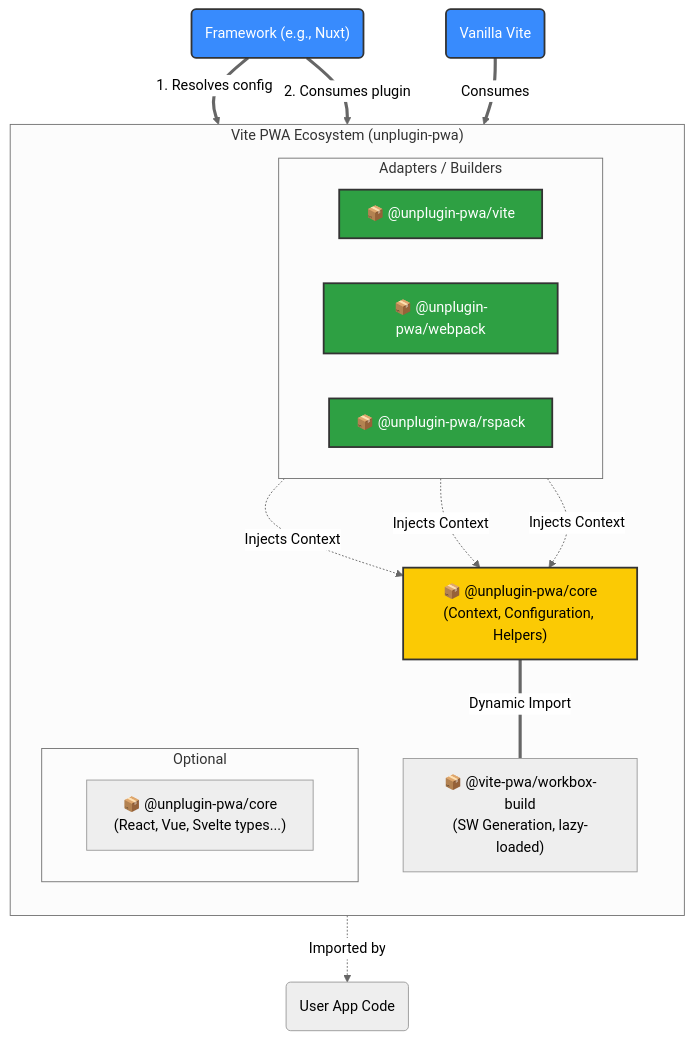
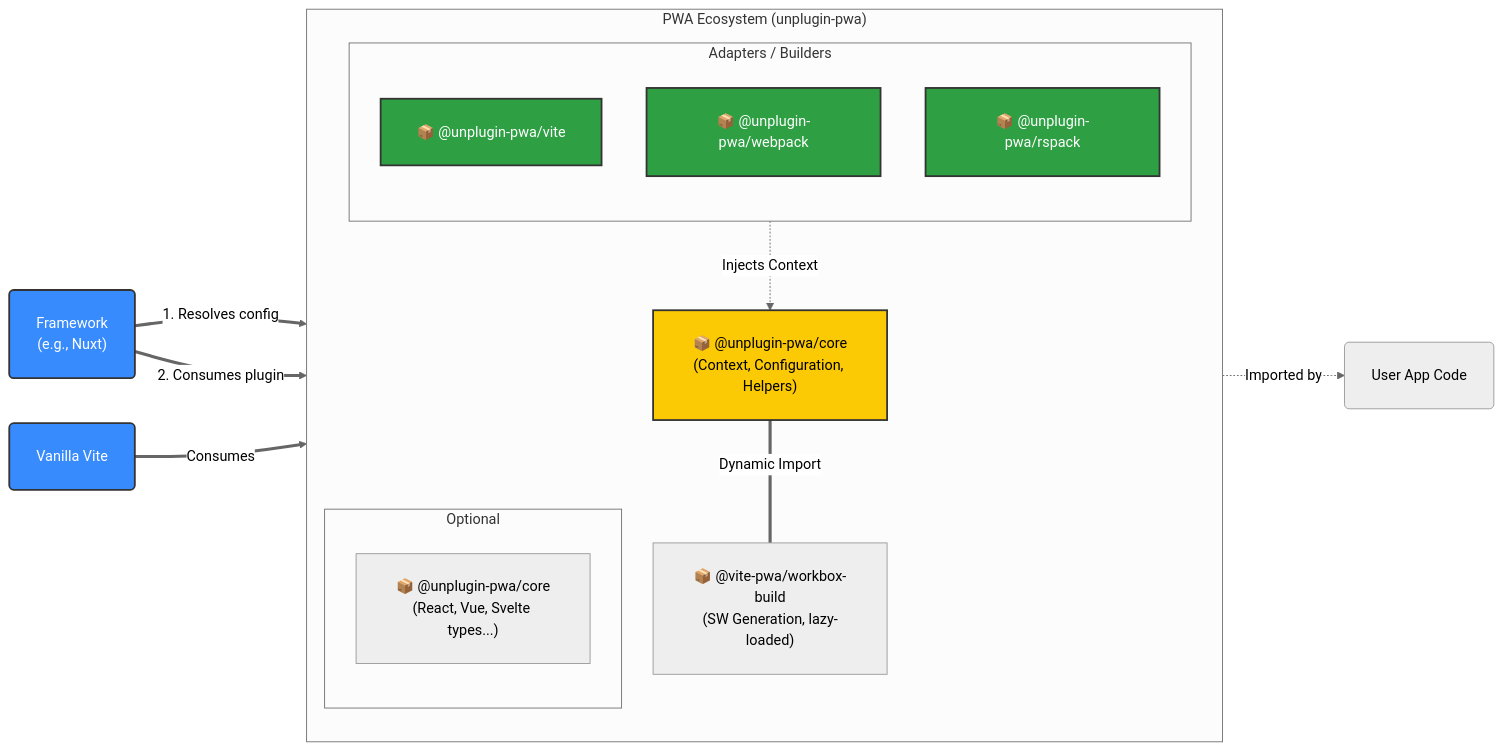
One commit to vite-pwa/unplugin-pwa changed the first of 3 diagrams in ARCHITECTURE.md. Above: the diagram before and after it, drawn with Mermaid (neutral theme).

Commit message:
docs: update architecture mermaid diagram

````diff
--- a/ARCHITECTURE.md
+++ b/ARCHITECTURE.md
@@ -3,42 +3,44 @@
 ```mermaid
-graph TD
-    subgraph Monorepo ["Vite PWA Ecosystem (unplugin-pwa)"]
+flowchart LR
+%% External Consumers
+    Nuxt("<div style='padding: 10px 15px;'>Framework<br>(e.g., Nuxt)</div>")
+    Vanilla("<div style='padding: 10px 15px;'>Vanilla Vite</div>")
+    App("<div style='padding: 10px 15px;'>User App Code</div>")
+
+    subgraph Monorepo ["PWA Ecosystem (unplugin-pwa)"]
         direction TB
 
-        Core["📦 @unplugin-pwa/core<br/>(Context, Configuration, Helpers)"]
-        WB["📦 @vite-pwa/workbox-build<br/>(SW Generation, lazy-loaded)"]
-
         subgraph Builders ["Adapters / Builders"]
-            direction LR
-            Vite["📦 @unplugin-pwa/vite"]
-            Webpack["📦 @unplugin-pwa/webpack"]
-            Rspack["📦 @unplugin-pwa/rspack"]
+            direction TB
+            Vite["<div style='padding: 10px'>📦 @unplugin-pwa/vite</div>"]
+            Webpack["<div style='padding: 10px'>📦 @unplugin-pwa/webpack</div>"]
+            Rspack["<div style='padding: 10px'>📦 @unplugin-pwa/rspack</div>"]
         end
 
+        Core["<div style='padding: 10px'>📦 @unplugin-pwa/core<br>(Context, Configuration, Helpers)</div>"]
+        WB["<div style='padding: 10px'>📦 @vite-pwa/workbox-build<br>(SW Generation, lazy-loaded)</div>"]
+
         subgraph Extras ["Optional"]
-            direction LR
-            Client["📦 @unplugin-pwa/core<br/>(React, Vue, Svelte types...)"]
+            Client["<div style='padding: 10px'>📦 @unplugin-pwa/core<br>(React, Vue, Svelte types...)</div>"]
         end
 
     %% Internal Relations
-        Vite -. "Injects Context" .-> Core
-        Webpack -. "Injects Context" .-> Core
-        Rspack -. "Injects Context" .-> Core
-
+        Builders -. "Injects Context" .-> Core
         Core == "Dynamic Import" === WB
     end
 
-%% External Consumers
-    Nuxt("Framework (e.g., Nuxt)") ==>|1. Resolves config| Core
+%% External Connections
+    Nuxt ==>|1. Resolves config| Core
     Nuxt ==>|2. Consumes plugin| Vite
-    Vanilla("Vanilla Vite") ==>|Consumes| Vite
-    Client -. "Imported by" .-> App("User App Code")
+    Vanilla ==>|Consumes| Vite
+    Client -. "Imported by" .-> App
 
+%% Styles
     classDef core fill:#fbca04,stroke:#333,stroke-width:2px,color:black;
     classDef builder fill:#2ea043,stroke:#333,stroke-width:2px,color:white;
     classDef framework fill:#388bfd,stroke:#333,stroke-width:2px,color:white;
 
     class Core core;
     class Vite,Webpack,Rspack builder;
     class Nuxt,Vanilla framework;
 ```
````
